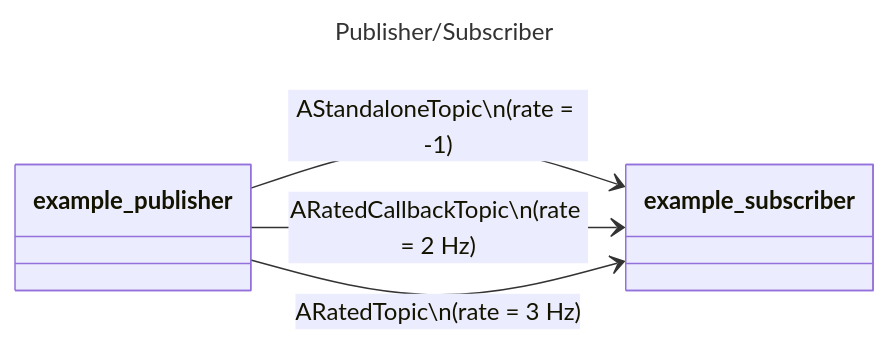
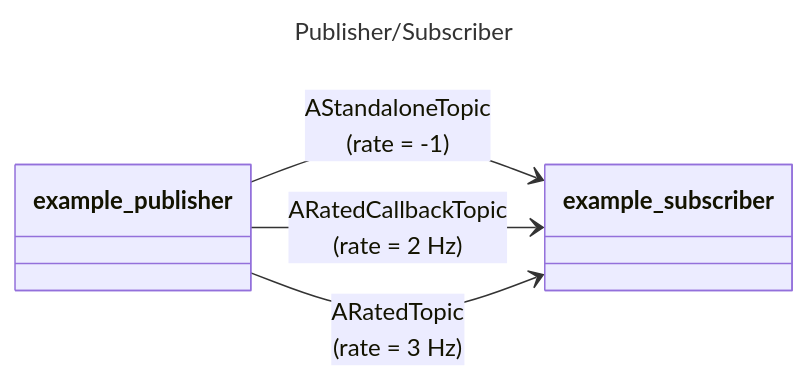
The third of 9 diagrams in README.md (PYBrulin/axone), drawn with Mermaid before and after one commit. The commit also changed other lines of this file and 3 other files, not shown here.

````diff
--- a/README.md
+++ b/README.md
@@ -135,13 +135,13 @@
 ```mermaid
 ---
 title: Publisher/Subscriber
 ---
 classDiagram
     direction LR
     class example_publisher
     class example_subscriber
 
-    example_publisher --> example_subscriber : AStandaloneTopic\n(rate = -1)
-    example_publisher --> example_subscriber : ARatedCallbackTopic\n(rate = 2 Hz)
-    example_publisher --> example_subscriber : ARatedTopic\n(rate = 3 Hz)
+    example_publisher --> example_subscriber : AStandaloneTopic</br>(rate = -1)
+    example_publisher --> example_subscriber : ARatedCallbackTopic</br>(rate = 2 Hz)
+    example_publisher --> example_subscriber : ARatedTopic</br>(rate = 3 Hz)
 ```
````
